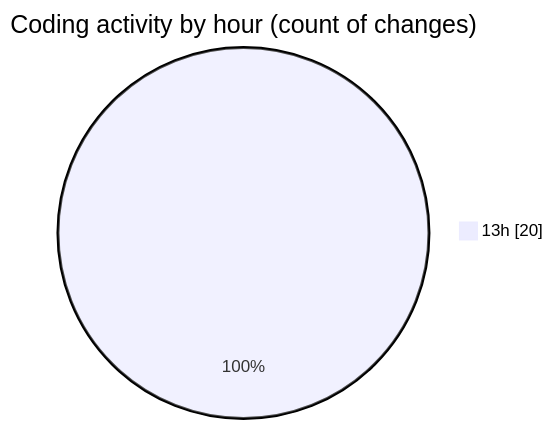
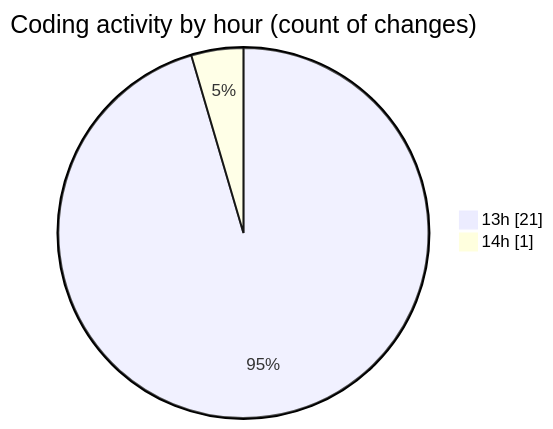
One commit to Ritupan-Deka/code-tracking changed the second of 2 diagrams in 2025-01-26/desktop/README.md. Above: the diagram before and after it, drawn with Mermaid. The commit also changed other lines of this file and 1 other file, not shown here.

````diff
--- a/2025-01-26/desktop/README.md
+++ b/2025-01-26/desktop/README.md
@@ -28,5 +28,6 @@
 ```mermaid
 pie showData
 title Coding activity by hour (count of changes)
-"13h" : 20
+"13h" : 21
+"14h" : 1
 ```
````
